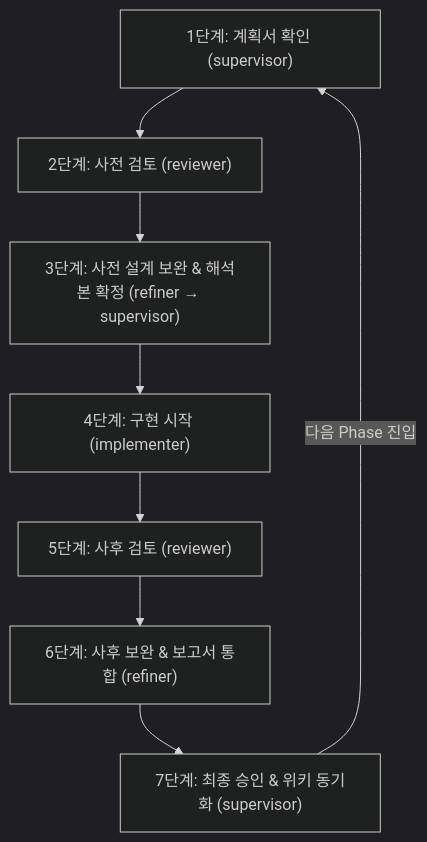
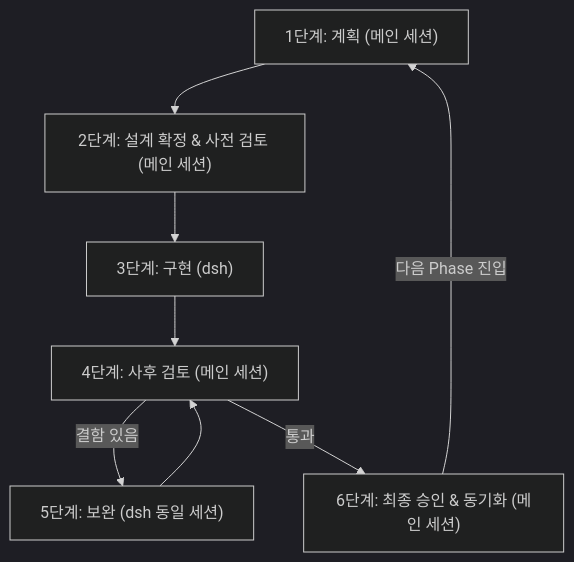
The diagram in docs/멀티-에이전트-마일스톤-개발-업무지침서.md (Hashil3503/Talklite), drawn with Mermaid (dark theme) before and after one commit. The commit also changed other lines of this file and 1 other file, not shown here.

First line of the commit message:
docs(guide): replace Orca 4-pane workflow with main-session + dsh delegation

````diff
--- a/docs/멀티-에이전트-마일스톤-개발-업무지침서.md
+++ b/docs/멀티-에이전트-마일스톤-개발-업무지침서.md
@@ -71,10 +65,10 @@
 ```mermaid
 graph TD
-    S1["1단계: 계획서 확인 (supervisor)"] --> S2["2단계: 사전 검토 (reviewer)"]
-    S2 --> S3["3단계: 사전 설계 보완 & 해석본 확정 (refiner → supervisor)"]
-    S3 --> S4["4단계: 구현 시작 (implementer)"]
-    S4 --> S5["5단계: 사후 검토 (reviewer)"]
-    S5 --> S6["6단계: 사후 보완 & 보고서 통합 (refiner)"]
-    S6 --> S7["7단계: 최종 승인 & 위키 동기화 (supervisor)"]
-    S7 -->|다음 Phase 진입| S1
+    S1["1단계: 계획 (메인 세션)"] --> S2["2단계: 설계 확정 & 사전 검토 (메인 세션)"]
+    S2 --> S3["3단계: 구현 (dsh)"]
+    S3 --> S4["4단계: 사후 검토 (메인 세션)"]
+    S4 -->|결함 있음| S5["5단계: 보완 (dsh 동일 세션)"]
+    S5 --> S4
+    S4 -->|통과| S6["6단계: 최종 승인 & 동기화 (메인 세션)"]
+    S6 -->|다음 Phase 진입| S1
 ```
````
